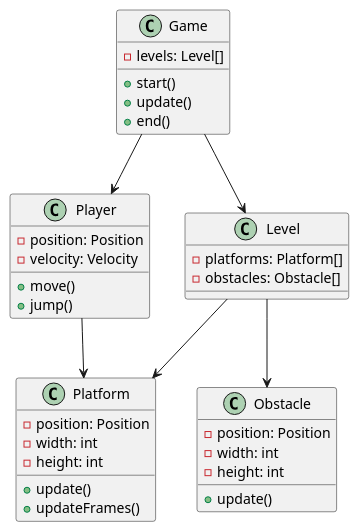
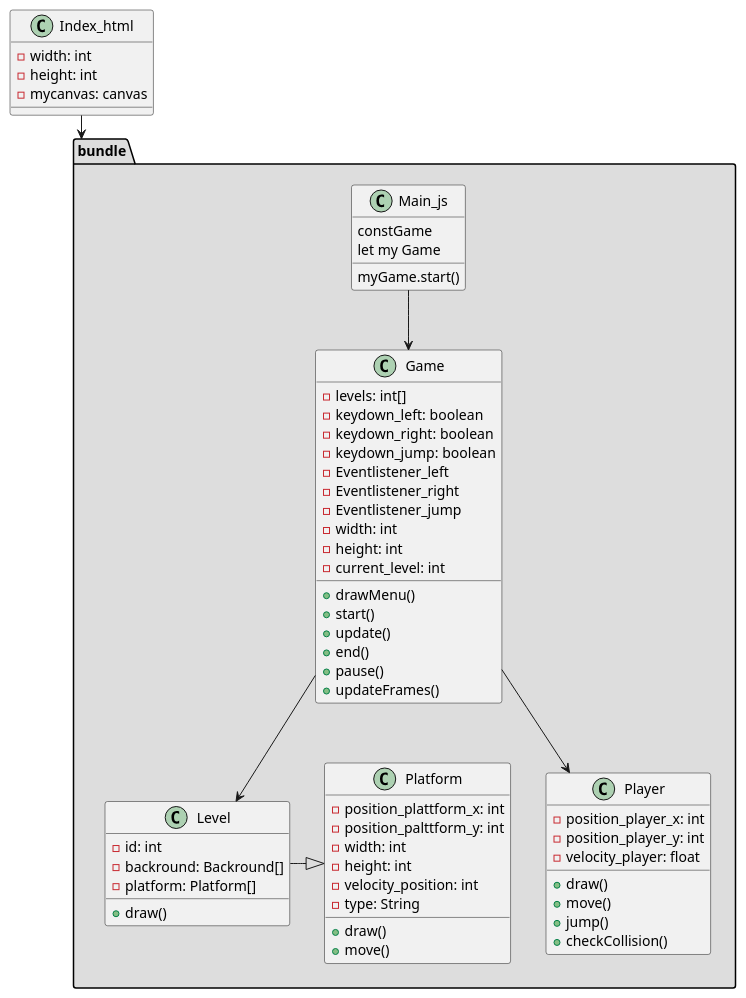
The diagram in klassendiagramm.puml (ozhadykov/browsergame-bachelor), drawn with PlantUML before and after one commit.

```diff
--- a/klassendiagramm.puml
+++ b/klassendiagramm.puml
@@ -1,45 +1,77 @@
 @startuml
+
+class Index_html {
+  - width: int
+  - height: int
+  - mycanvas: canvas
+}
+
+
+
+package "bundle" #DDDDDD{
+
+class Main_js {
+  constGame
+  let my Game
+  myGame.start()          
+}
+
+
 class Game {
-  - levels: Level[]
+  - levels: int[]
+  - keydown_left: boolean
+  - keydown_right: boolean
+  - keydown_jump: boolean
+  - Eventlistener_left
+  - Eventlistener_right
+  - Eventlistener_jump
+  - width: int
+  - height: int
+  - current_level: int 
+  + drawMenu()
   + start()
   + update()
   + end()
+  + pause()
+  + updateFrames()
+  
 }
 
 class Level {
-  - platforms: Platform[]
-  - obstacles: Obstacle[]
-
+  - id: int 
+  - backround: Backround[]
+  - platform: Platform[]
+  + draw()
 }
 
 class Player {
-  - position: Position
-  - velocity: Velocity
-    + move()
+  - position_player_x: int
+  - position_player_y: int
+  - velocity_player: float
+  + draw()
+  + move()
   + jump()
+  + checkCollision()
 }
 
+
 class Platform {
-  - position: Position
+  - position_plattform_x: int 
+  - position_palttform_y: int
   - width: int
   - height: int
-  + update()
-  + updateFrames()
-}
-
-class Obstacle {
-  - position: Position
-  - width: int
-  - height: int
-  + update()
+  - velocity_position: int
+  - type: String
+  + draw()
+  + move()
 }
 
 
 
 Game --> Level
 Game --> Player
-Level --> Platform
-Level --> Obstacle
-Player --> Platform
-
+Level -|> Platform
+Main_js --> Game
+}
+Index_html -->bundle
 @enduml
```
